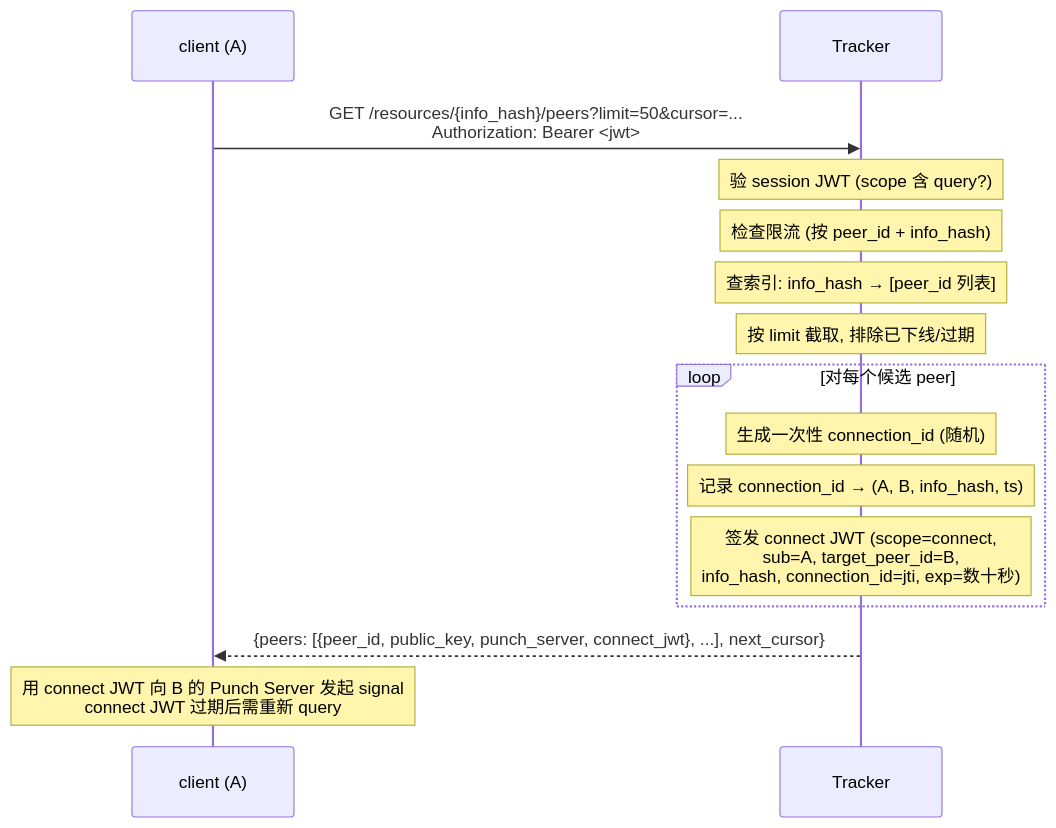
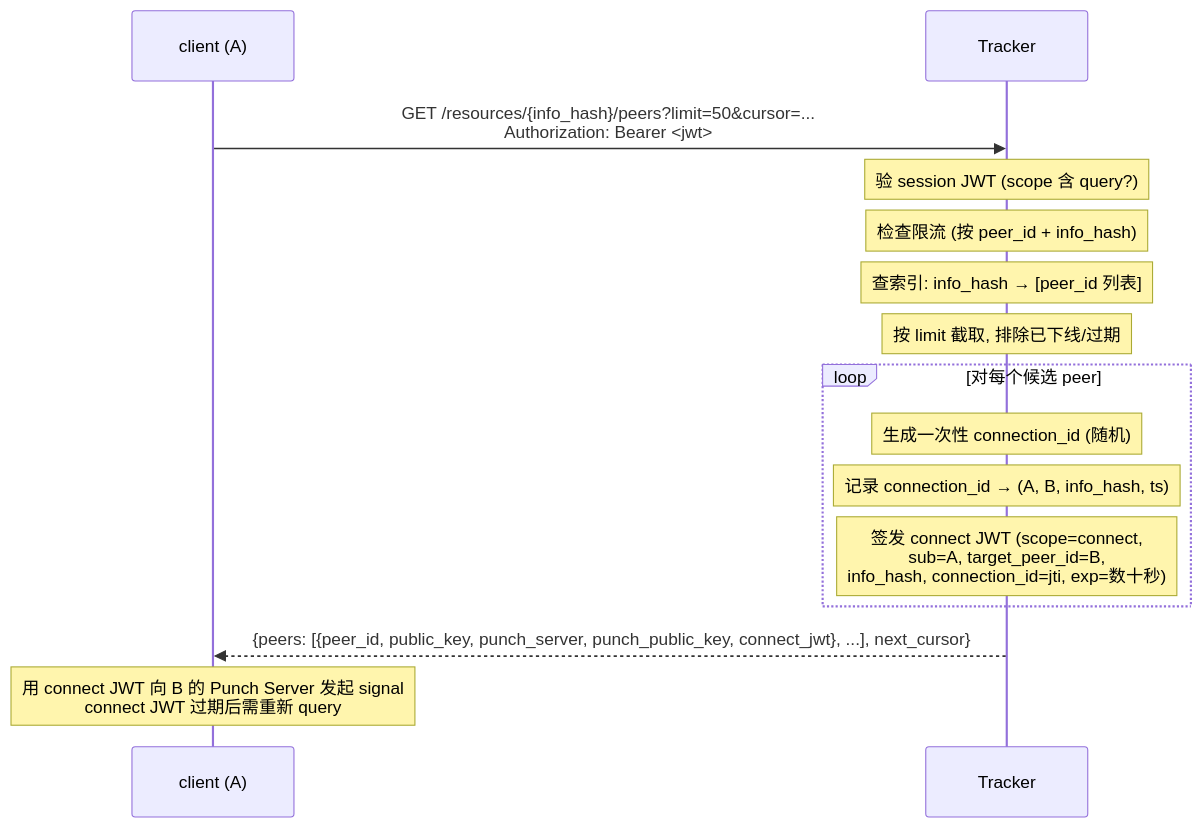
The sixth of 15 diagrams in docs/design/p2p-overview.md (mivinci/p2p), drawn with Mermaid before and after one commit. The commit also changed other lines of this file, not shown here.

First line of the commit message:
docs(design): define Punch server registration, identity anchor, and Tracker scaling model (#4)

````diff
--- a/docs/design/p2p-overview.md
+++ b/docs/design/p2p-overview.md
@@ -596,18 +602,18 @@
 ```mermaid
 sequenceDiagram
     participant A as client (A)
     participant T as Tracker
 
     A->>T: GET /resources/{info_hash}/peers?limit=50&cursor=...<br/>Authorization: Bearer <jwt>
     Note over T: 验 session JWT (scope 含 query?)
     Note over T: 检查限流 (按 peer_id + info_hash)
     Note over T: 查索引: info_hash → [peer_id 列表]
     Note over T: 按 limit 截取, 排除已下线/过期
     loop 对每个候选 peer
         Note over T: 生成一次性 connection_id (随机)
         Note over T: 记录 connection_id → (A, B, info_hash, ts)
         Note over T: 签发 connect JWT (scope=connect,<br/>sub=A, target_peer_id=B,<br/>info_hash, connection_id=jti, exp=数十秒)
     end
-    T-->>A: {peers: [{peer_id, public_key, punch_server, connect_jwt}, ...], next_cursor}
+    T-->>A: {peers: [{peer_id, public_key, punch_server, punch_public_key, connect_jwt}, ...], next_cursor}
     Note over A: 用 connect JWT 向 B 的 Punch Server 发起 signal<br/>connect JWT 过期后需重新 query
 ```
````
